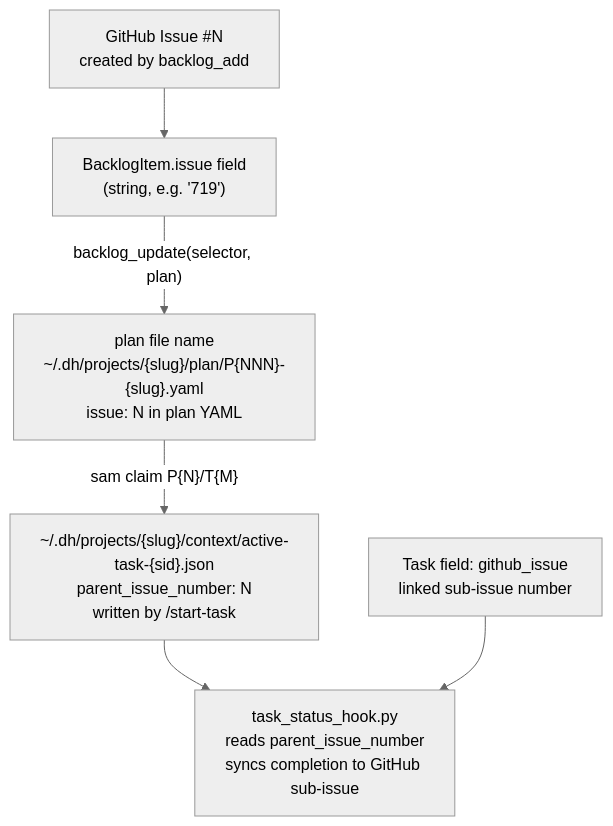
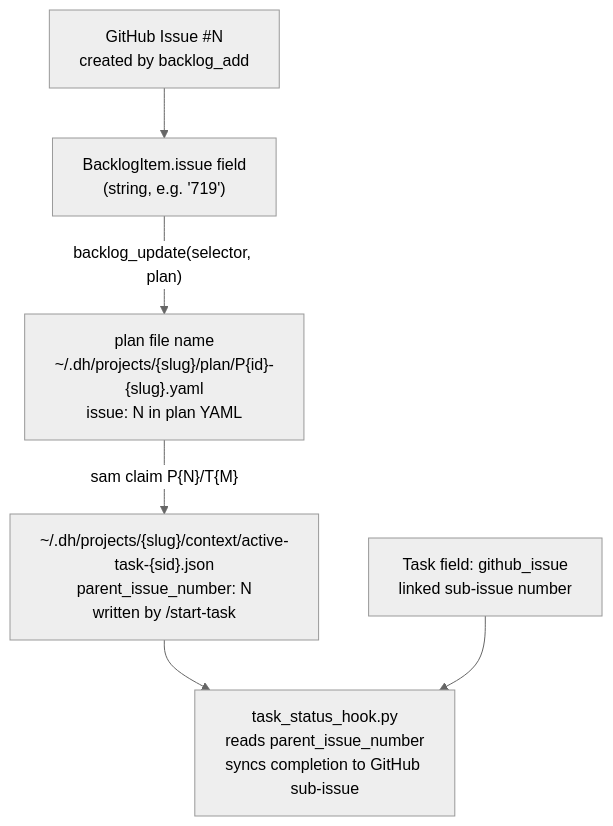
The third of 4 diagrams in plugins/development-harness/docs/workflow-architecture-diagram.md (chgreer1070/claude_skills), drawn with Mermaid (neutral theme) before and after one commit. The commit also changed other lines of this file and 47 other files, not shown here.

````diff
--- a/plugins/development-harness/docs/workflow-architecture-diagram.md
+++ b/plugins/development-harness/docs/workflow-architecture-diagram.md
@@ -302,14 +302,14 @@
 ```mermaid
 flowchart TD
     GH["GitHub Issue #N<br>created by backlog_add"]
     BI["BacklogItem.issue field<br>(string, e.g. '719')"]
-    PF["plan file name<br>~/.dh/projects/{slug}/plan/P{NNN}-{slug}.yaml<br>issue: N in plan YAML"]
+    PF["plan file name<br>~/.dh/projects/{slug}/plan/P{id}-{slug}.yaml<br>issue: N in plan YAML"]
     CTX["~/.dh/projects/{slug}/context/active-task-{sid}.json<br>parent_issue_number: N<br>written by /start-task"]
     HOOK["task_status_hook.py<br>reads parent_issue_number<br>syncs completion to GitHub sub-issue"]
     TF["Task field: github_issue<br>linked sub-issue number"]
     GH --> BI
     BI -->|"backlog_update(selector, plan)"| PF
     PF -->|"sam claim P{N}/T{M}"| CTX
     CTX --> HOOK
     TF --> HOOK
 ```
````
